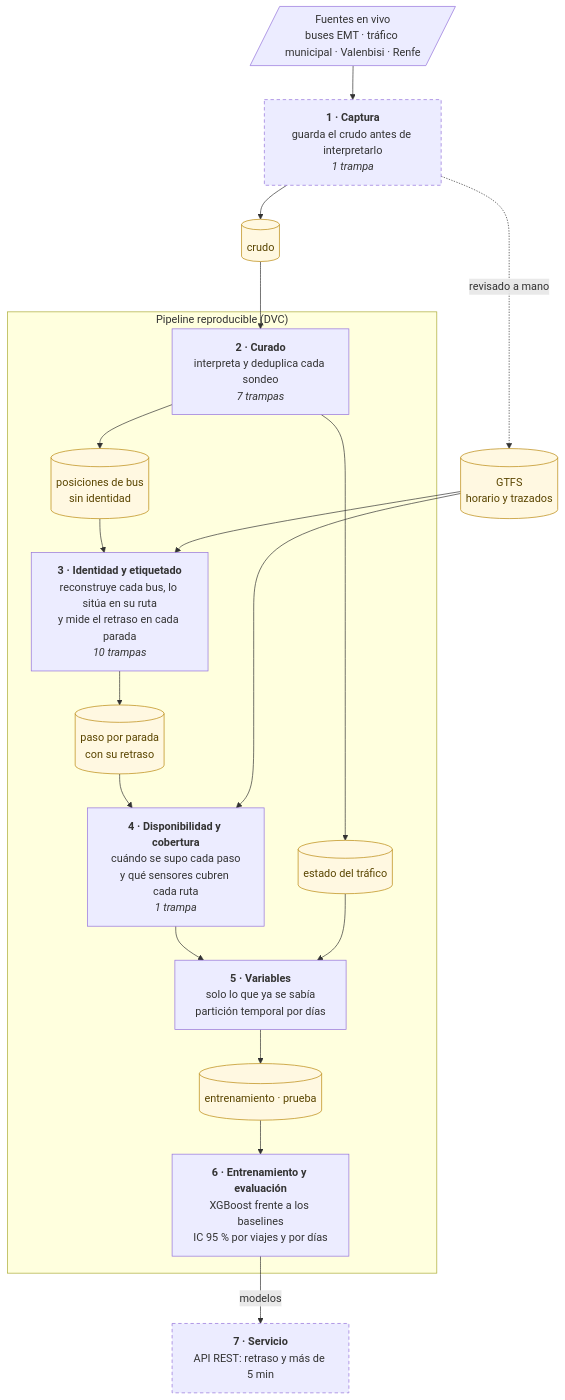
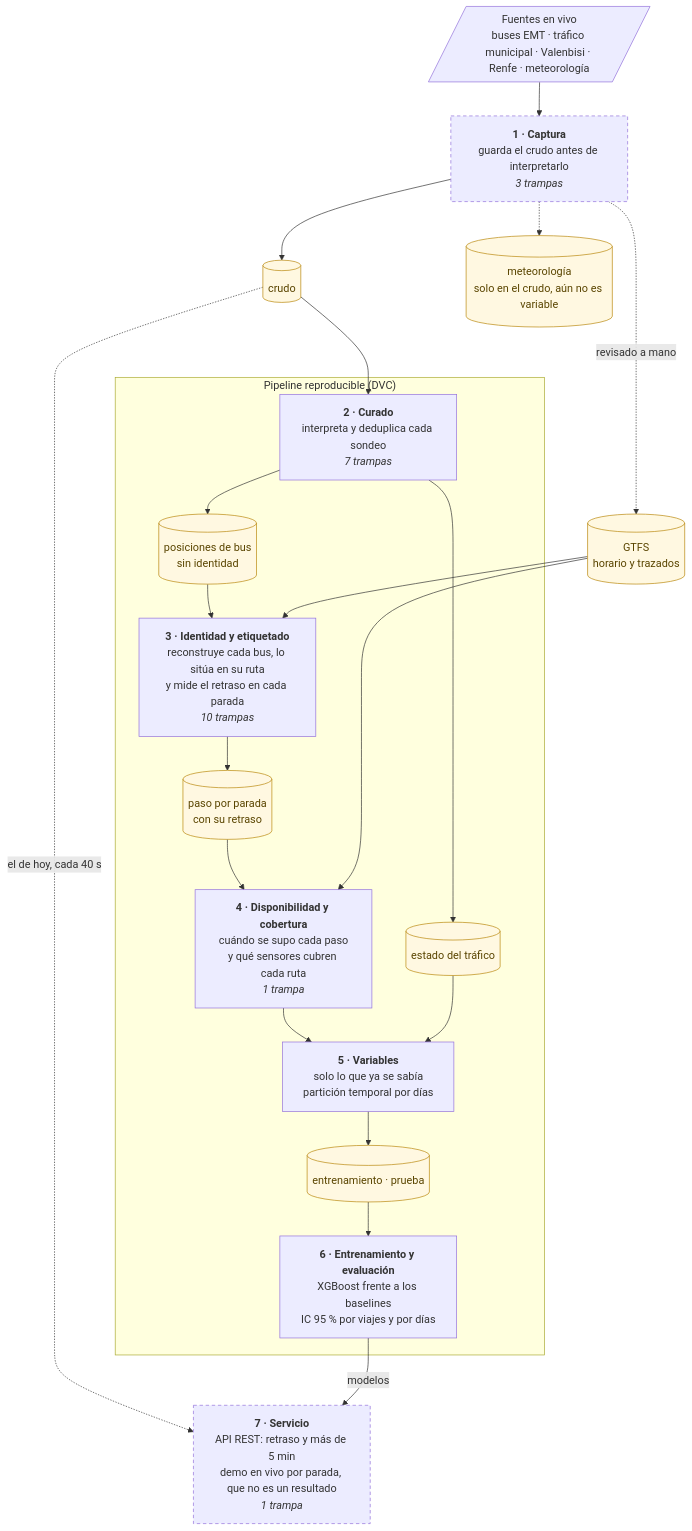
Before and after one commit to Oppen-OC/TFM: the diagram in docs/12_flujo_memoria.mmd, drawn with Mermaid. The commit also changed 12 other files, not shown here.

First line of the commit message:
docs: sincroniza docs/ con el codigo de feat/demo-en-vivo

````diff
--- a/docs/12_flujo_memoria.mmd
+++ b/docs/12_flujo_memoria.mmd
@@ -1,43 +1,46 @@
 %% Flujo de datos del TFM para la memoria. Nombres de tesis, sin rutas ni tests:
 %% el detalle por función y test está en docs/12_flujo_de_datos.html.
 %% En Quarto:
 %%   ```{mermaid}
 %%   %%| file: 12_flujo_memoria.mmd
 %%   %%| fig-cap: "Flujo de datos, de la captura al servicio, con las trampas que protege cada etapa."
 %%   ```
 flowchart TD
-    fuentes[/"Fuentes en vivo<br/>buses EMT · tráfico municipal · Valenbisi · Renfe"/]
+    fuentes[/"Fuentes en vivo<br/>buses EMT · tráfico municipal · Valenbisi · Renfe · meteorología"/]
 
-    captura["<b>1 · Captura</b><br/>guarda el crudo antes de interpretarlo<br/><i>1 trampa</i>"]:::fuera
+    captura["<b>1 · Captura</b><br/>guarda el crudo antes de interpretarlo<br/><i>3 trampas</i>"]:::fuera
     crudo[("crudo")]:::dato
     gtfs[("GTFS<br/>horario y trazados")]:::dato
+    meteo[("meteorología<br/>solo en el crudo, aún no es variable")]:::dato
 
     subgraph dvc["Pipeline reproducible (DVC)"]
         curado["<b>2 · Curado</b><br/>interpreta y deduplica cada sondeo<br/><i>7 trampas</i>"]
         buses[("posiciones de bus<br/>sin identidad")]:::dato
         trafico[("estado del tráfico")]:::dato
         etiquetado["<b>3 · Identidad y etiquetado</b><br/>reconstruye cada bus, lo sitúa en su ruta<br/>y mide el retraso en cada parada<br/><i>10 trampas</i>"]
         pasos[("paso por parada<br/>con su retraso")]:::dato
         disponibilidad["<b>4 · Disponibilidad y cobertura</b><br/>cuándo se supo cada paso<br/>y qué sensores cubren cada ruta<br/><i>1 trampa</i>"]
         variables["<b>5 · Variables</b><br/>solo lo que ya se sabía<br/>partición temporal por días"]
         tablas[("entrenamiento · prueba")]:::dato
         modelos["<b>6 · Entrenamiento y evaluación</b><br/>XGBoost frente a los baselines<br/>IC 95 % por viajes y por días"]
     end
 
-    servicio["<b>7 · Servicio</b><br/>API REST: retraso y más de 5 min"]:::fuera
+    servicio["<b>7 · Servicio</b><br/>API REST: retraso y más de 5 min<br/>demo en vivo por parada, que no es un resultado<br/><i>1 trampa</i>"]:::fuera
 
     fuentes --> captura
     captura --> crudo --> curado
     captura -.->|revisado a mano| gtfs
+    captura -.-> meteo
+    crudo -.->|el de hoy, cada 40 s| servicio
     curado --> buses --> etiquetado
     curado --> trafico
     gtfs --> etiquetado
     etiquetado --> pasos --> disponibilidad
     gtfs --> disponibilidad
     disponibilidad --> variables
     trafico --> variables
     variables --> tablas --> modelos
     modelos -- modelos --> servicio
 
     classDef dato fill:#fff8e1,stroke:#b8860b,color:#5a4500
     classDef fuera stroke-dasharray:5 4
````
